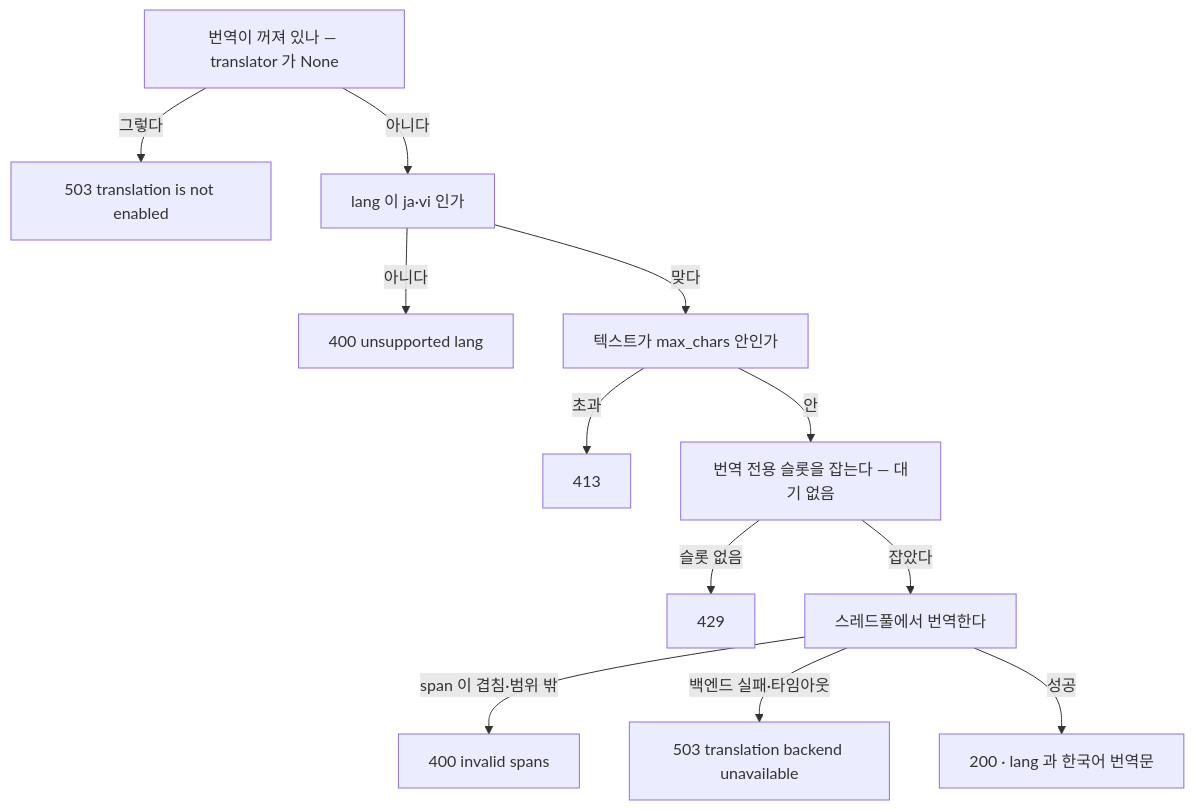
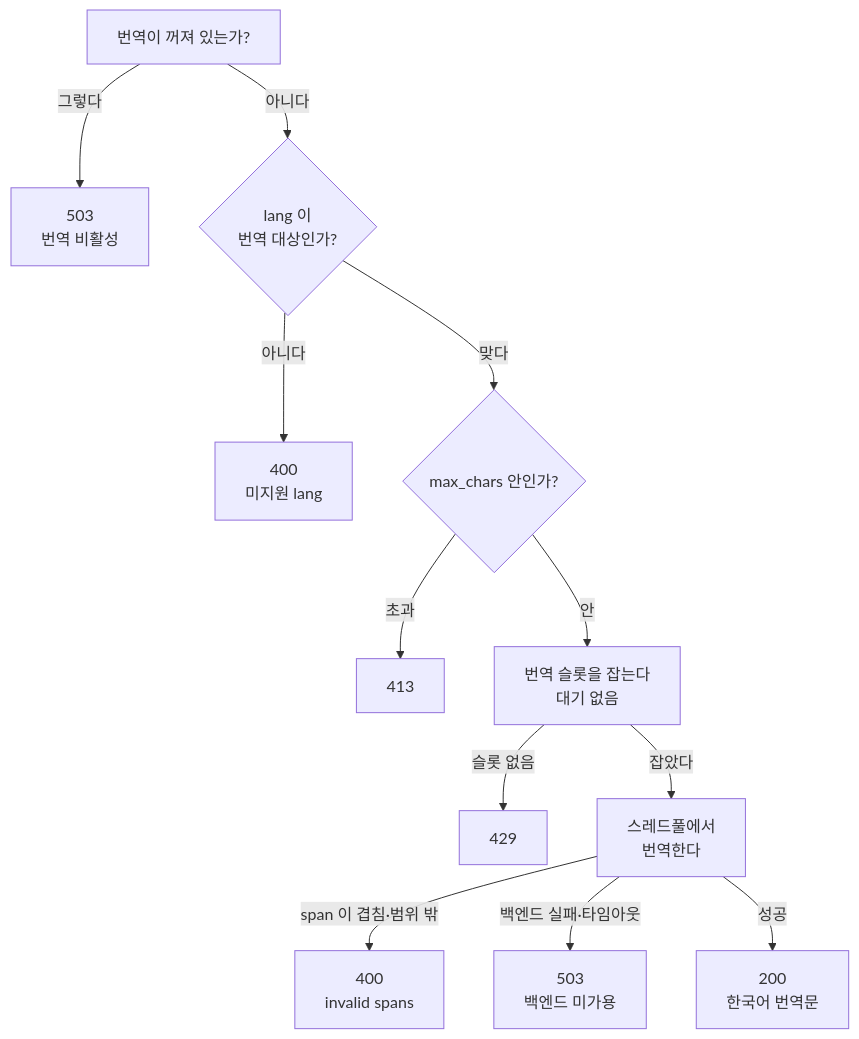
One commit to groovallstar/ner-pipeline-public changed the third of 3 diagrams in docs/manual/web-demo-translation.md. Above: the diagram before and after it, drawn with Mermaid. The commit also changed other lines of this file and 117 other files, not shown here.

````diff
--- a/docs/manual/web-demo-translation.md
+++ b/docs/manual/web-demo-translation.md
@@ -414,14 +234,14 @@
 ```mermaid
 flowchart TD
-    A["번역이 꺼져 있나 — translator 가 None"] -->|"그렇다"| E503["503 translation is not enabled"]
-    A -->|"아니다"| B["lang 이 ja·vi 인가"]
-    B -->|"아니다"| E400["400 unsupported lang"]
-    B -->|"맞다"| C["텍스트가 max_chars 안인가"]
+    A["번역이 꺼져 있는가?"] -->|"그렇다"| E503["503<br/>번역 비활성"]
+    A -->|"아니다"| B{"lang 이<br/>번역 대상인가?"}
+    B -->|"아니다"| E400["400<br/>미지원 lang"]
+    B -->|"맞다"| C{"max_chars 안인가?"}
     C -->|"초과"| E413["413"]
-    C -->|"안"| D["번역 전용 슬롯을 잡는다 — 대기 없음"]
+    C -->|"안"| D["번역 슬롯을 잡는다<br/>대기 없음"]
     D -->|"슬롯 없음"| E429["429"]
-    D -->|"잡았다"| G["스레드풀에서 번역한다"]
-    G -->|"span 이 겹침·범위 밖"| E400b["400 invalid spans"]
-    G -->|"백엔드 실패·타임아웃"| E503b["503 translation backend unavailable"]
-    G -->|"성공"| OK["200 · lang 과 한국어 번역문"]
+    D -->|"잡았다"| G["스레드풀에서<br/>번역한다"]
+    G -->|"span 이 겹침·범위 밖"| E400b["400<br/>invalid spans"]
+    G -->|"백엔드 실패·타임아웃"| E503b["503<br/>백엔드 미가용"]
+    G -->|"성공"| OK["200<br/>한국어 번역문"]
 ```
````
